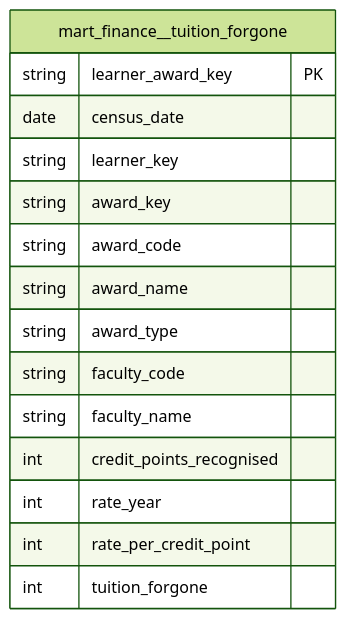
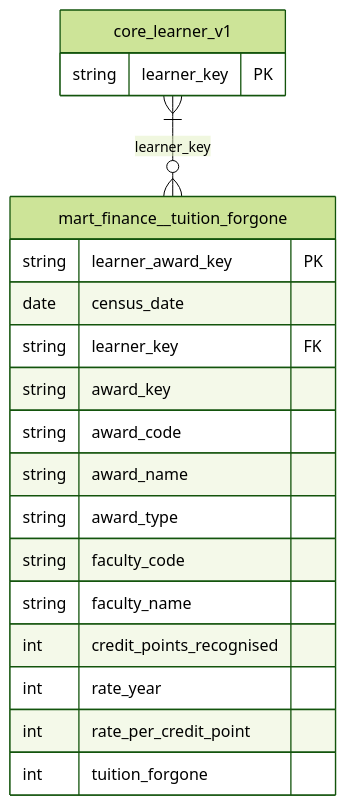
Before and after one commit to roanboc/learning-data: the diagram in films/analytics-engineering/project/models/marts/finance/_finance__physical.md, drawn with Mermaid (forest theme). The commit also changed 8 other files, not shown here.

````diff
--- a/films/analytics-engineering/project/models/marts/finance/_finance__physical.md
+++ b/films/analytics-engineering/project/models/marts/finance/_finance__physical.md
@@ -7,18 +7,22 @@
 ```mermaid
 erDiagram
     mart_finance__tuition_forgone {
         string learner_award_key PK
         date census_date
-        string learner_key
+        string learner_key FK
         string award_key
         string award_code
         string award_name
         string award_type
         string faculty_code
         string faculty_name
         int credit_points_recognised
         int rate_year
         int rate_per_credit_point
         int tuition_forgone
     }
+    core_learner_v1 {
+        string learner_key PK
+    }
+    core_learner_v1 }|--o{ mart_finance__tuition_forgone : "learner_key"
 ```
````
